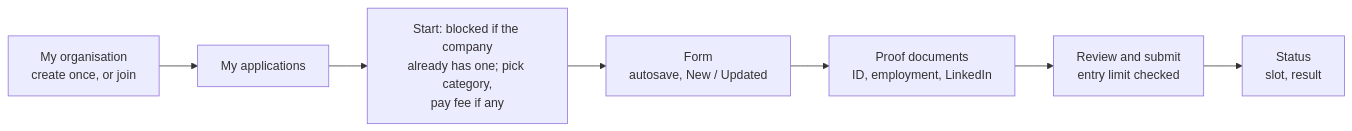
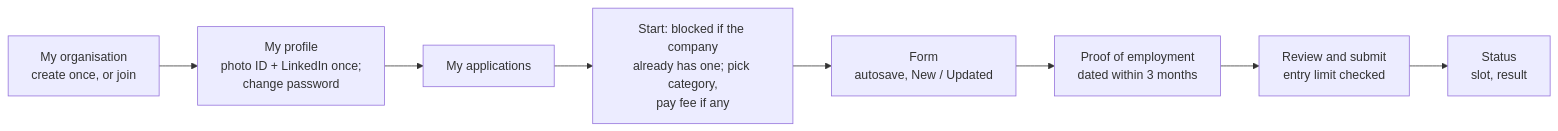
One commit to sumitdwivedi01/EigthyAwards changed the third of 7 diagrams in docs/ui/README.md. Above: the diagram before and after it, drawn with Mermaid. The commit also changed other lines of this file and 18 other files, not shown here.

First line of the commit message:
docs: phase 0.7 - lead call: proof once on the profile, My profile, several jury per application

````diff
--- a/docs/ui/README.md
+++ b/docs/ui/README.md
@@ -51,4 +51,4 @@
 ```mermaid
 flowchart LR
-    A1["My organisation<br/>create once, or join"] --> A2["My applications"] --> A3["Start: blocked if the company<br/>already has one; pick category,<br/>pay fee if any"] --> A4["Form<br/>autosave, New / Updated"] --> A5["Proof documents<br/>ID, employment, LinkedIn"] --> A6["Review and submit<br/>entry limit checked"] --> A7["Status<br/>slot, result"]
+    A1["My organisation<br/>create once, or join"] --> A1b["My profile<br/>photo ID + LinkedIn once;<br/>change password"] --> A2["My applications"] --> A3["Start: blocked if the company<br/>already has one; pick category,<br/>pay fee if any"] --> A4["Form<br/>autosave, New / Updated"] --> A5["Proof of employment<br/>dated within 3 months"] --> A6["Review and submit<br/>entry limit checked"] --> A7["Status<br/>slot, result"]
 ```
````
